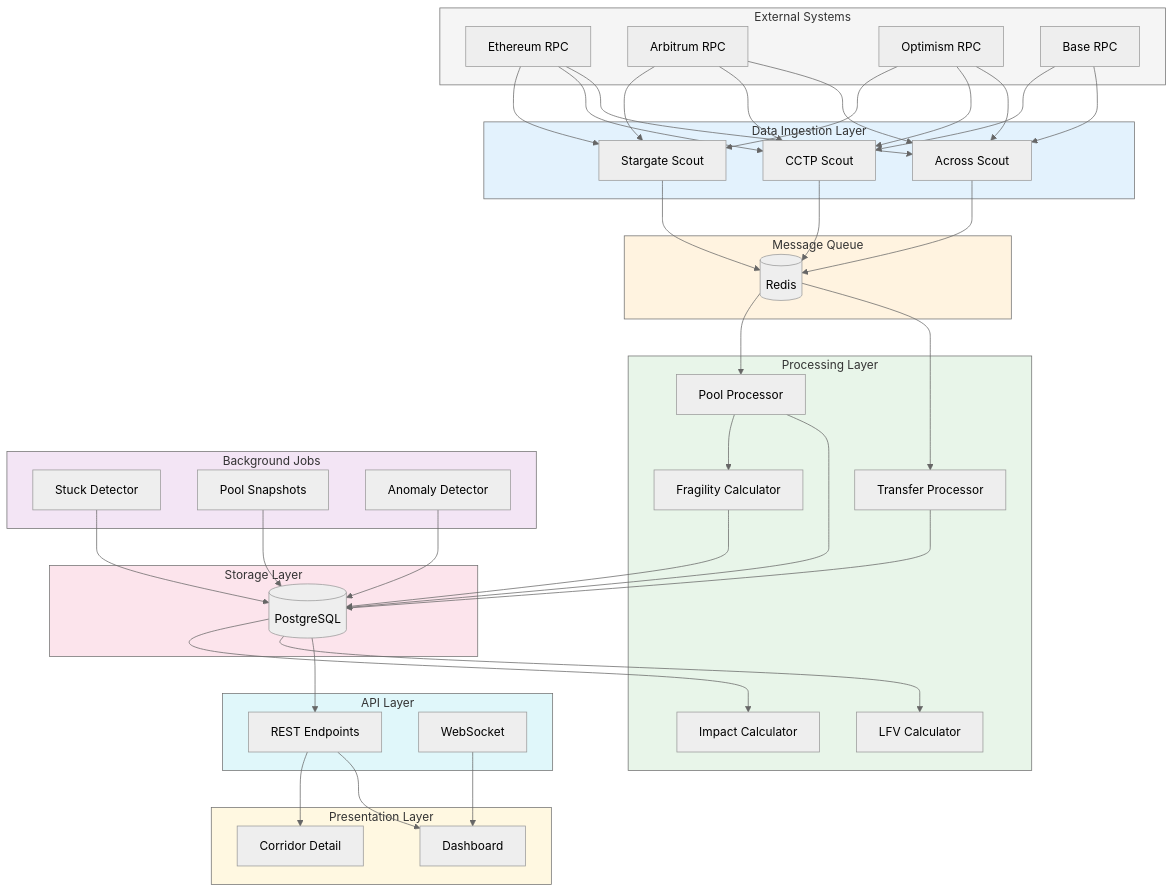
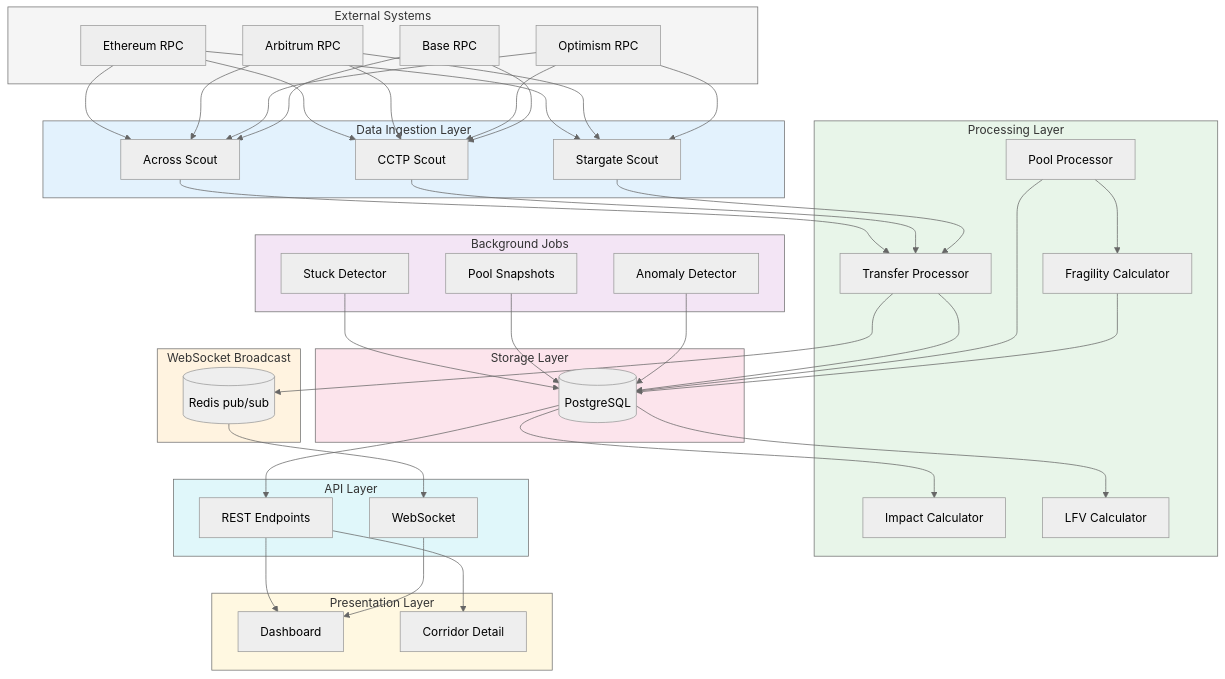
The third of 12 diagrams in docs/ARCHITECTURE-DIAGRAMS.md (Jason-Dorman/corridor-scouts), drawn with Mermaid (neutral theme) before and after one commit. The commit also changed other lines of this file and 19 other files, not shown here.

```diff
--- a/docs/ARCHITECTURE-DIAGRAMS.md
+++ b/docs/ARCHITECTURE-DIAGRAMS.md
@@ -106,16 +106,16 @@
         SS[Stargate Scout]
     end
 
-    subgraph Queue["Message Queue"]
-        RQ[(Redis)]
-    end
-
     subgraph Processing["Processing Layer"]
         TP[Transfer Processor]
         PP[Pool Processor]
         FC[Fragility Calculator]
         IC[Impact Calculator]
         LC[LFV Calculator]
+    end
+
+    subgraph Broadcast["WebSocket Broadcast"]
+        RD[(Redis pub/sub)]
     end
 
     subgraph Storage["Storage Layer"]
@@ -152,19 +152,17 @@
     ARB --> SS
     OPT --> SS
 
-    AS --> RQ
-    CS --> RQ
-    SS --> RQ
-
-    RQ --> TP
-    RQ --> PP
+    AS --> TP
+    CS --> TP
+    SS --> TP
 
     TP --> PG
+    TP --> RD
     PP --> PG
     PP --> FC
 
     FC --> PG
-    
+
     PG --> REST
     PG --> LC
     PG --> IC
@@ -173,13 +171,14 @@
     PS --> PG
     AD --> PG
 
+    RD --> WS
     REST --> DASH
     WS --> DASH
     REST --> DETAIL
 
     style External fill:#f5f5f5
     style Scouts fill:#e3f2fd
-    style Queue fill:#fff3e0
+    style Broadcast fill:#fff3e0
     style Processing fill:#e8f5e9
     style Storage fill:#fce4ec
     style Jobs fill:#f3e5f5
```
